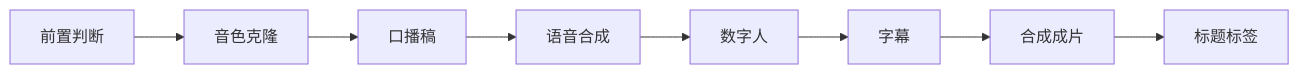
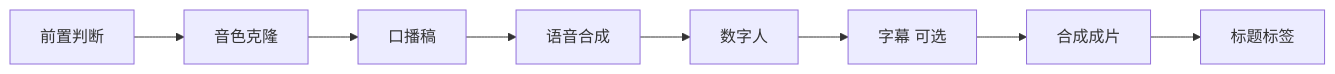
The diagram in README.md (2528078765/AutoVid), drawn with Mermaid before and after one commit. The commit also changed other lines of this file and 26 other files, not shown here.

````diff
--- a/README.md
+++ b/README.md
@@ -20,10 +23,10 @@
 ```mermaid
 flowchart LR
     A[前置判断] --> B[音色克隆]
     B --> C[口播稿]
     C --> D[语音合成]
     D --> E[数字人]
-    E --> F[字幕]
+    E --> F[字幕 可选]
     F --> G[合成成片]
     G --> H[标题标签]
 ```
````
